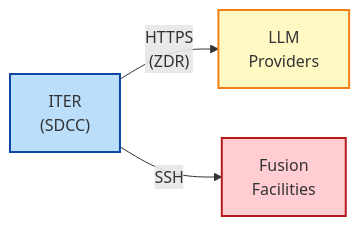
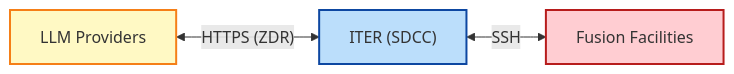
The fifth of 8 diagrams in docs/architecture/facility-access.md (iterorganization/imas-mcp), drawn with Mermaid before and after one commit. The commit also changed other lines of this file, not shown here.

First line of the commit message:
docs: fix Mermaid diagram layouts for consistent visual language

````diff
--- a/docs/architecture/facility-access.md
+++ b/docs/architecture/facility-access.md
@@ -229,17 +192,13 @@
 ```mermaid
 flowchart LR
-    L["LLM
-    Providers"]
-    I["ITER
-    (SDCC)"]
-    F["Fusion
-    Facilities"]
+    LLM["LLM Providers"]
+    ITER["ITER (SDCC)"]
+    FAC["Fusion Facilities"]
     
-    I -->|"HTTPS
-    (ZDR)"| L
-    I -->|"SSH"| F
+    LLM <-->|"HTTPS (ZDR)"| ITER
+    ITER <-->|"SSH"| FAC
     
-    style F fill:#ffcdd2,stroke:#b71c1c,stroke-width:2px
-    style I fill:#bbdefb,stroke:#0d47a1,stroke-width:2px
-    style L fill:#fff9c4,stroke:#f57f17,stroke-width:2px
+    style LLM fill:#fff9c4,stroke:#f57f17,stroke-width:2px
+    style ITER fill:#bbdefb,stroke:#0d47a1,stroke-width:2px
+    style FAC fill:#ffcdd2,stroke:#b71c1c,stroke-width:2px
 ```
````
